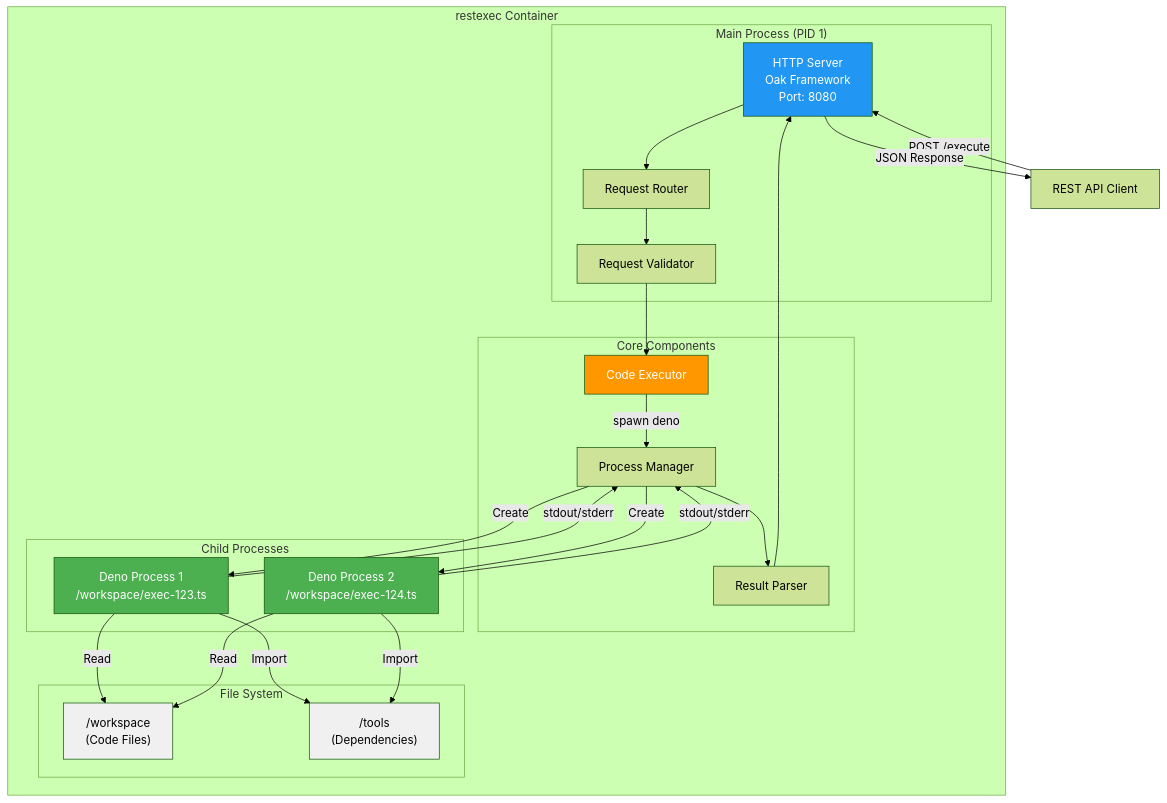
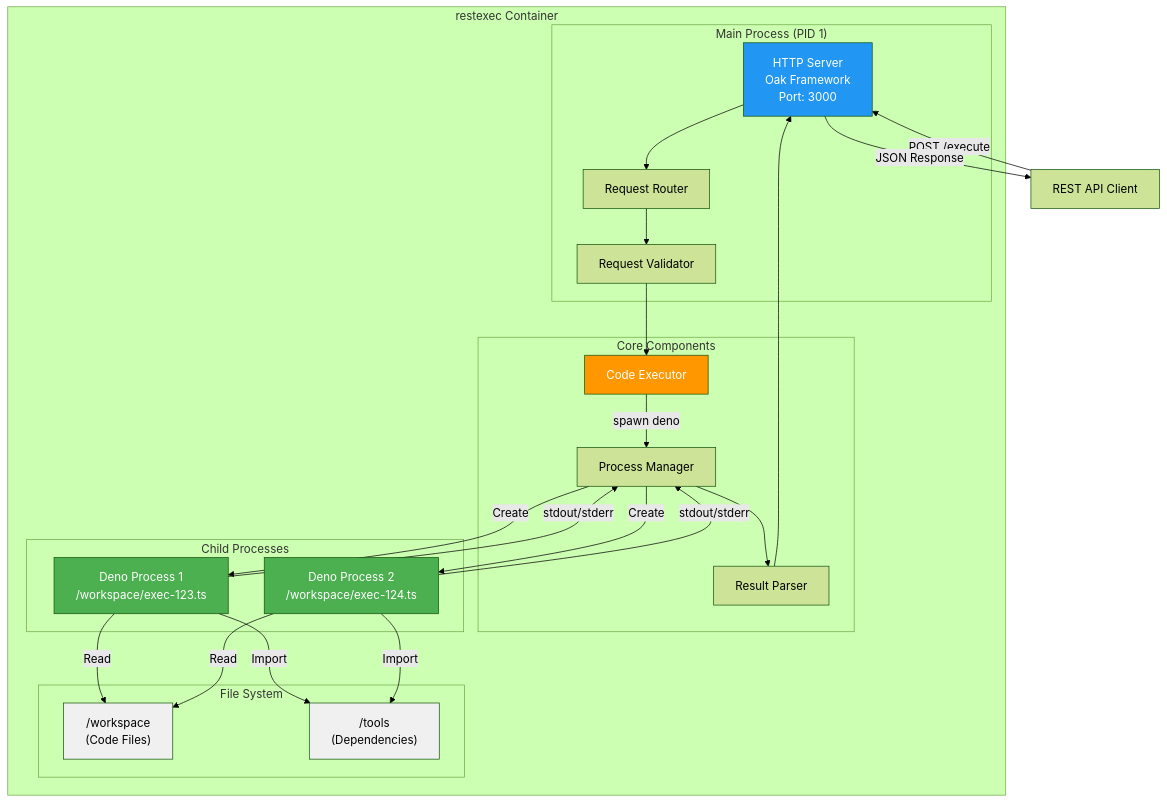
One commit to khirotaka/restexec changed the diagram in README.md. Above: the diagram before and after it, drawn with Mermaid (forest theme). The commit also changed 5 other files, not shown here.

````diff
--- a/README.md
+++ b/README.md
@@ -7,53 +7,53 @@
 ```mermaid
 graph TB
     subgraph "restexec Container"
         subgraph "Main Process (PID 1)"
-            HTTPServer["HTTP Server<br/>Oak Framework<br/>Port: 8080"]
+            HTTPServer["HTTP Server<br/>Oak Framework<br/>Port: 3000"]
             Router["Request Router"]
             Validator["Request Validator"]
         end
         
         subgraph "Core Components"
             Executor["Code Executor"]
             ProcessMgr["Process Manager"]
             ResultParser["Result Parser"]
         end
         
         subgraph "Child Processes"
             Deno1["Deno Process 1<br/>/workspace/exec-123.ts"]
             Deno2["Deno Process 2<br/>/workspace/exec-124.ts"]
         end
         
         subgraph "File System"
             Workspace["/workspace<br/>(Code Files)"]
             Tools["/tools<br/>(Dependencies)"]
         end
     end
     
     Client["REST API Client"] -->|POST /execute| HTTPServer
     HTTPServer --> Router
     Router --> Validator
     Validator --> Executor
     
     Executor -->|spawn deno| ProcessMgr
     ProcessMgr -->|Create| Deno1
     ProcessMgr -->|Create| Deno2
 
     Deno1 -->|Read| Workspace
     Deno1 -->|Import| Tools
     Deno2 -->|Read| Workspace
     Deno2 -->|Import| Tools
 
     Deno1 -->|stdout/stderr| ProcessMgr
     Deno2 -->|stdout/stderr| ProcessMgr
     ProcessMgr --> ResultParser
     ResultParser --> HTTPServer
     HTTPServer -->|JSON Response| Client
     
     style HTTPServer fill:#2196F3,color:#fff
     style Executor fill:#FF9800,color:#fff
     style Deno1 fill:#4CAF50,color:#fff
     style Deno2 fill:#4CAF50,color:#fff
     style Workspace fill:#f0f0f0
     style Tools fill:#f0f0f0
 ```
````
